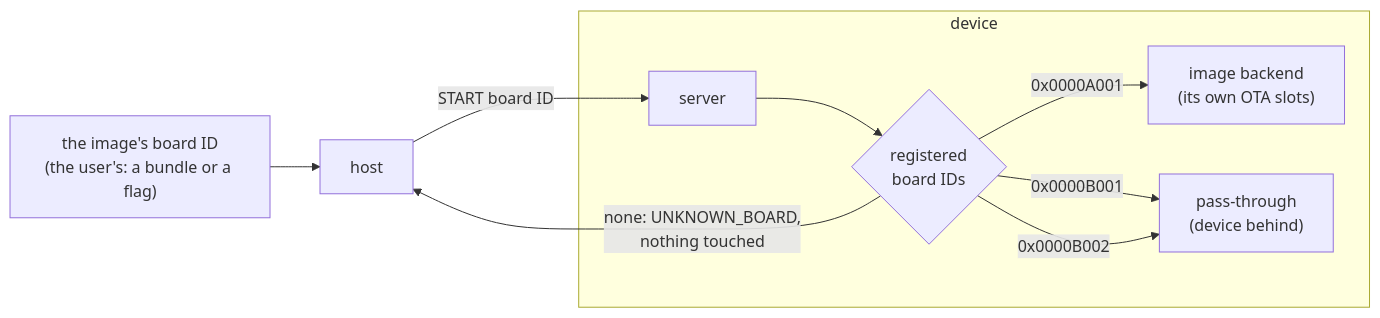
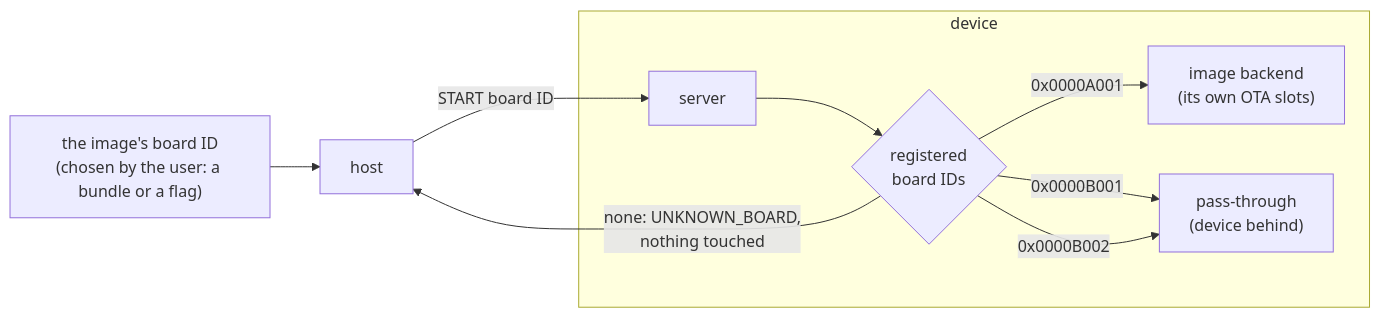
The tenth of 14 diagrams in DESIGN.md (fvsolutions-dev/dfukit), drawn with Mermaid before and after one commit. The commit also changed other lines of this file and 4 other files, not shown here.

````diff
--- a/DESIGN.md
+++ b/DESIGN.md
@@ -346,12 +354,12 @@
 ```mermaid
 flowchart LR
-    src["the image's board ID<br/>(the user's: a bundle or a flag)"] --> cli[host]
+    src["the image's board ID<br/>(chosen by the user: a bundle or a flag)"] --> cli[host]
     cli -- "START board ID" --> core[server]
     subgraph dev [device]
         core --> tbl{"registered<br/>board IDs"}
         tbl -- "0x0000A001" --> esp["image backend<br/>(its own OTA slots)"]
         tbl -- "0x0000B001" --> pt["pass-through<br/>(device behind)"]
         tbl -- "0x0000B002" --> pt
     end
     tbl -- "none: UNKNOWN_BOARD,<br/>nothing touched" --> cli
 ```
````
